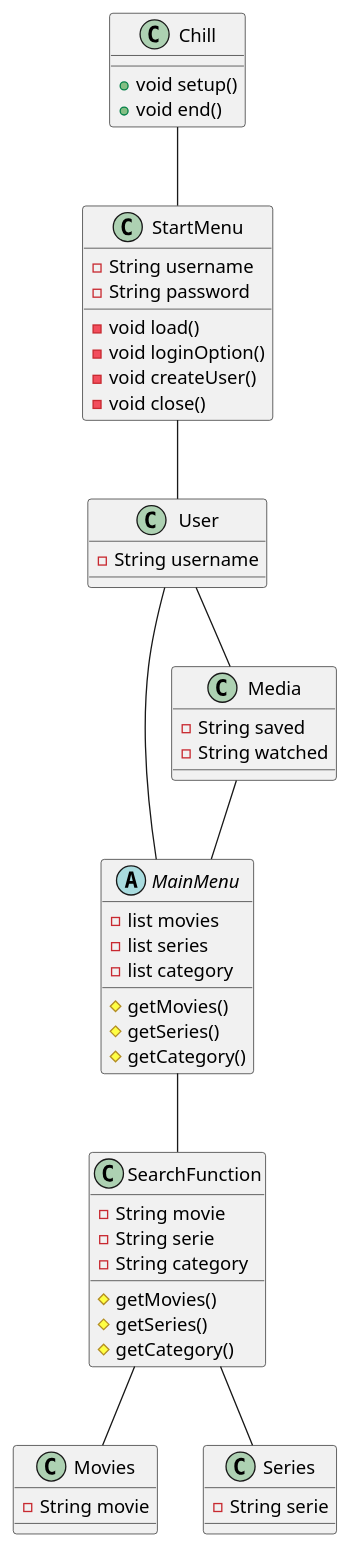
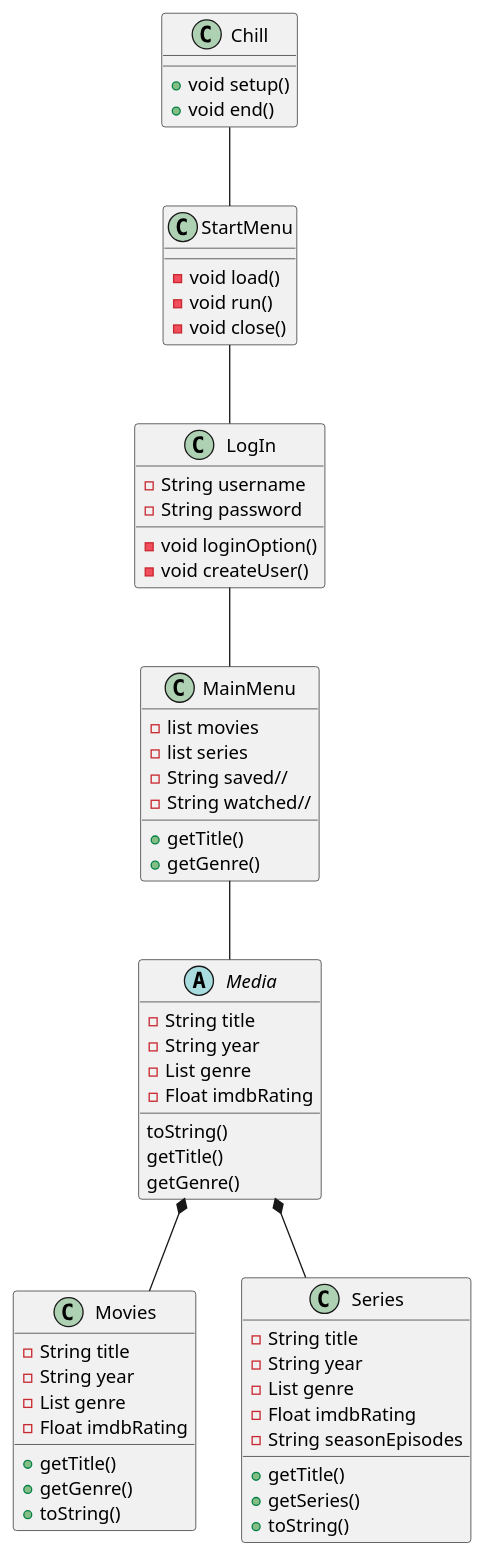
The diagram in SP3/.idea/KlasseDiagram.puml (KnogleMau/SP3---Streamingtjeneste), drawn with PlantUML before and after one commit.

Commit message:
KlasseDiagramFinal

```diff
--- a/SP3/.idea/KlasseDiagram.puml
+++ b/SP3/.idea/KlasseDiagram.puml
@@ -1,71 +1,79 @@
 @startuml
 'https://plantuml.com/class-diagram
 
 Class Chill{
 
 +void setup()
 +void end()
 }
 
 Class StartMenu{
 -void load()
+-void run()
+-void close()
+}
+
+
+Class LogIn{
 -String username
 -String password
 -void loginOption()
 -void createUser()
--void close()
+
+}
+
+Class MainMenu{
+-list movies
+-list series
++getTitle()
++getGenre()
+-String saved//
+-String watched//
+
 
 }
 
 
-Class User{
--String username
+Abstract Media{
+-String title
+-String year
+-List genre
+-Float imdbRating
+
+toString()
+getTitle()
+getGenre()
+}
+
+Class Movies{
+-String title
+-String year
+-List genre
+-Float imdbRating
++getTitle()
++getGenre()
++toString()
+}
+
+Class Series{
+-String title
+-String year
+-List genre
+-Float imdbRating
+-String seasonEpisodes
++getTitle()
++getSeries()
++toString()
 
 }
 
-Abstract MainMenu{
--list movies
--list series
--list category
-#getMovies()
-#getSeries()
-#getCategory()
+Chill -- StartMenu
+StartMenu-- LogIn
 
+LogIn -- MainMenu
 
-}
-
-Class SearchFunction{
--String movie
--String serie
--String category
-#getMovies()
-#getSeries()
-#getCategory()
-
-}
-
-Class Media{
--String saved
--String watched
-}
-
-Class Movies{
--String movie
-}
-
-Class Series{
--String serie
-}
-
-Chill -- StartMenu
-StartMenu-- User
-
-User -- MainMenu
-
-MainMenu-- SearchFunction
-Media -- MainMenu
-User-- Media
-SearchFunction -- Movies
-SearchFunction-- Series
+MainMenu-- Media
+Media*-- Movies
+Media*-- Series
 
 @enduml
```
